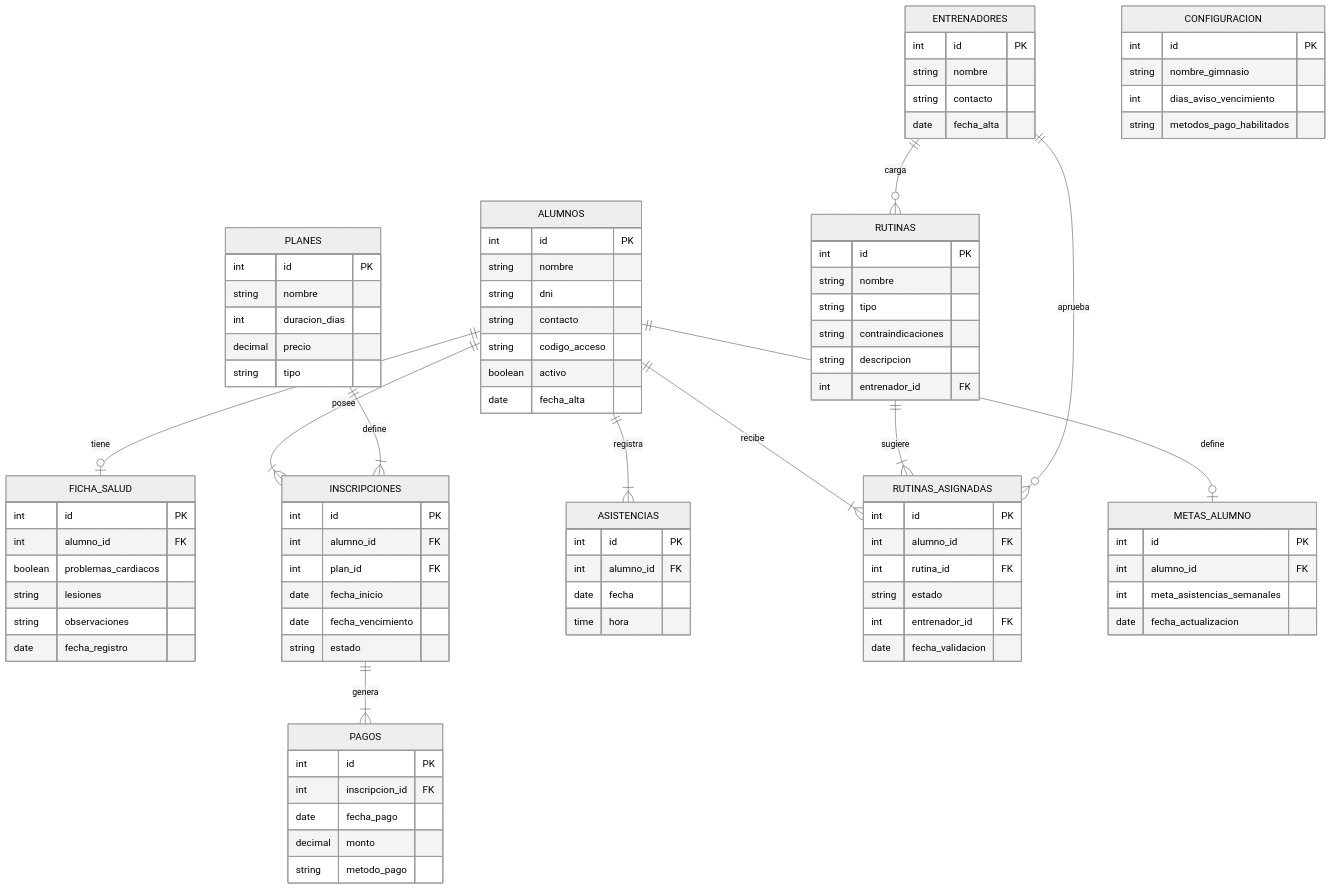
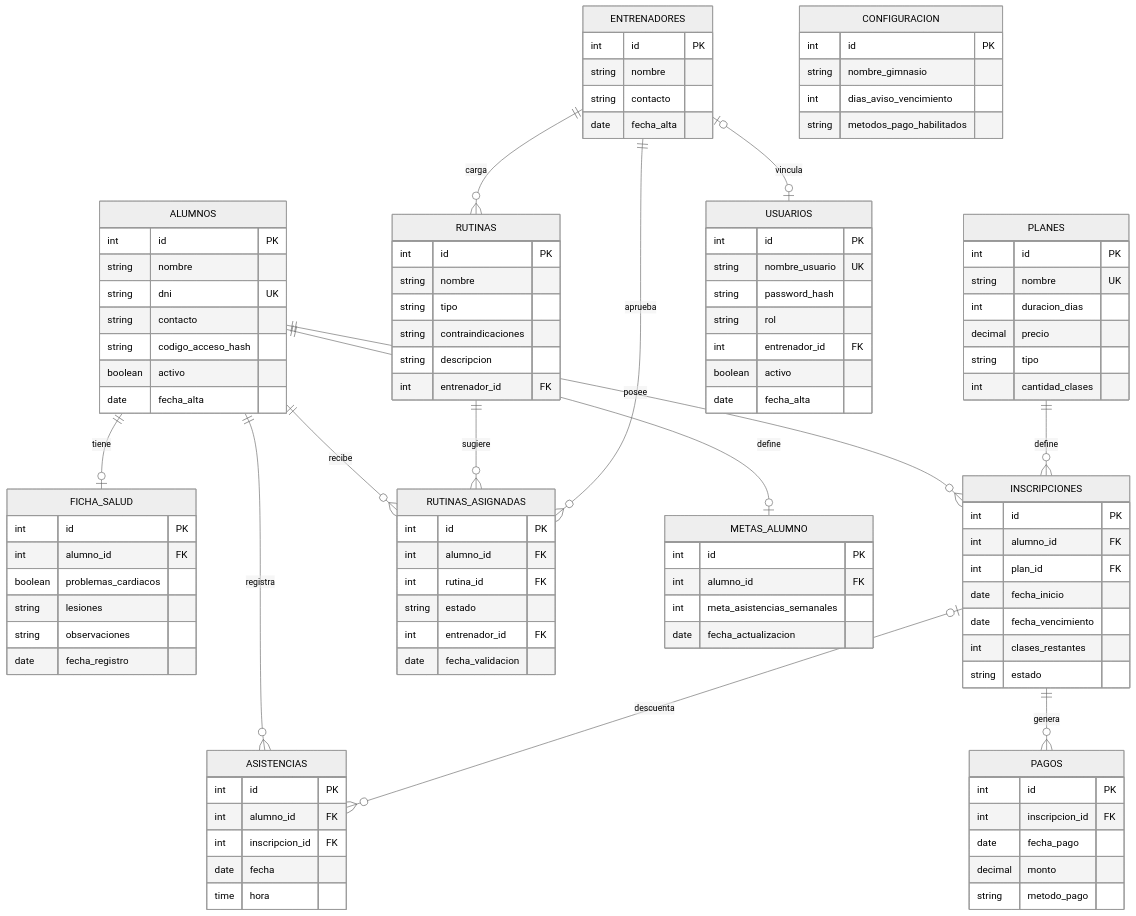
One commit to pao41/Trabajo-Final-Integrador changed the diagram in docs/der.md. Above: the diagram before and after it, drawn with Mermaid (neutral theme). The commit also changed other lines of this file, not shown here.

Commit message:
docs: actualizar DER con usuarios, saldo de clases y cardinalidades

````diff
--- a/docs/der.md
+++ b/docs/der.md
@@ -5,22 +5,24 @@
 ```mermaid
 erDiagram
     ALUMNOS ||--o| FICHA_SALUD : tiene
-    ALUMNOS ||--|{ INSCRIPCIONES : posee
-    PLANES ||--|{ INSCRIPCIONES : define
-    INSCRIPCIONES ||--|{ PAGOS : genera
-    ALUMNOS ||--|{ ASISTENCIAS : registra
-    ALUMNOS ||--|{ RUTINAS_ASIGNADAS : recibe
-    RUTINAS ||--|{ RUTINAS_ASIGNADAS : sugiere
+    ALUMNOS ||--o{ INSCRIPCIONES : posee
+    PLANES ||--o{ INSCRIPCIONES : define
+    INSCRIPCIONES ||--o{ PAGOS : genera
+    ALUMNOS ||--o{ ASISTENCIAS : registra
+    INSCRIPCIONES |o--o{ ASISTENCIAS : descuenta
+    ALUMNOS ||--o{ RUTINAS_ASIGNADAS : recibe
+    RUTINAS ||--o{ RUTINAS_ASIGNADAS : sugiere
     ENTRENADORES ||--o{ RUTINAS : carga
     ENTRENADORES ||--o{ RUTINAS_ASIGNADAS : aprueba
+    ENTRENADORES |o--o| USUARIOS : vincula
     ALUMNOS ||--o| METAS_ALUMNO : define
 
     ALUMNOS {
         int id PK
         string nombre
-        string dni 
+        string dni UK
         string contacto
-        string codigo_acceso 
+        string codigo_acceso_hash
         boolean activo
         date fecha_alta
     }
@@ -34,17 +36,19 @@
     }
     PLANES {
         int id PK
-        string nombre
+        string nombre UK
         int duracion_dias
         decimal precio
         string tipo
+        int cantidad_clases
     }
-    INSCRIPCIONES {
+     INSCRIPCIONES {
         int id PK
         int alumno_id FK
         int plan_id FK
         date fecha_inicio
         date fecha_vencimiento
+        int clases_restantes
         string estado
     }
     PAGOS {
@@ -57,6 +61,7 @@
     ASISTENCIAS {
         int id PK
         int alumno_id FK
+        int inscripcion_id FK
         date fecha
         time hora
     }
@@ -88,6 +93,15 @@
         string contacto
         date fecha_alta
     }
+     USUARIOS {
+        int id PK
+        string nombre_usuario UK
+        string password_hash
+        string rol
+        int entrenador_id FK
+        boolean activo
+        date fecha_alta
+    }
     METAS_ALUMNO {
         int id PK
         int alumno_id FK
````
